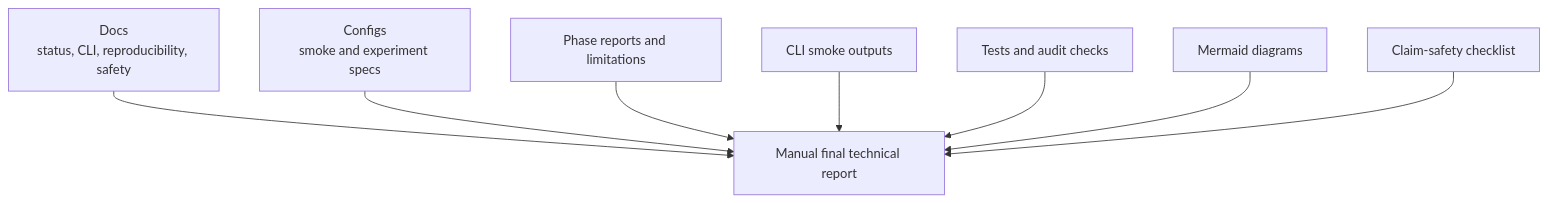
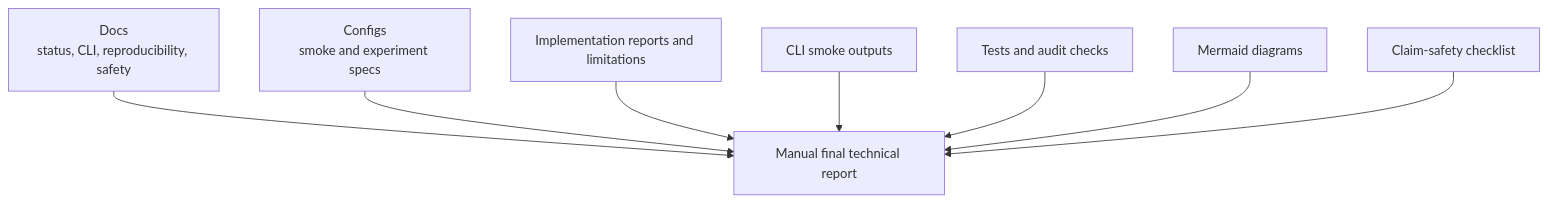
Before and after one commit to anannyenaik/chronos-lob: the diagram in reports/report_archive/figures/report_dependency_map.mmd, drawn with Mermaid. The commit also changed 42 other files, not shown here.

```diff
--- a/reports/report_archive/figures/report_dependency_map.mmd
+++ b/reports/report_archive/figures/report_dependency_map.mmd
@@ -1,16 +1,16 @@
 flowchart TB
   report["Manual final technical report"]
   docs["Docs\nstatus, CLI, reproducibility, safety"]
   configs["Configs\nsmoke and experiment specs"]
-  reports["Phase reports and limitations"]
+  reports["Implementation reports and limitations"]
   cli["CLI smoke outputs"]
   tests["Tests and audit checks"]
   diagrams["Mermaid diagrams"]
   caveats["Claim-safety checklist"]
   docs --> report
   configs --> report
   reports --> report
   cli --> report
   tests --> report
   diagrams --> report
   caveats --> report
```
